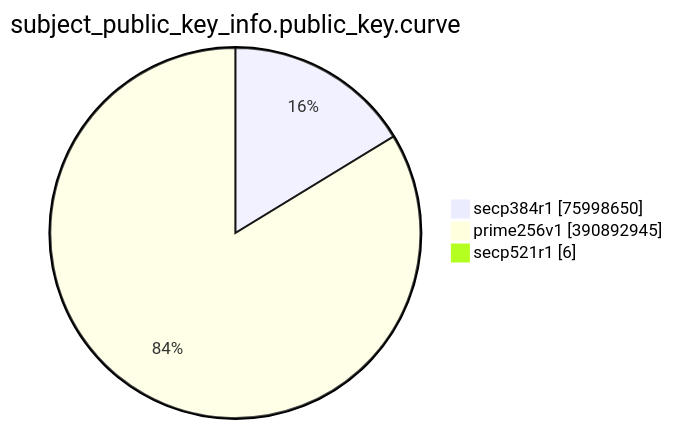
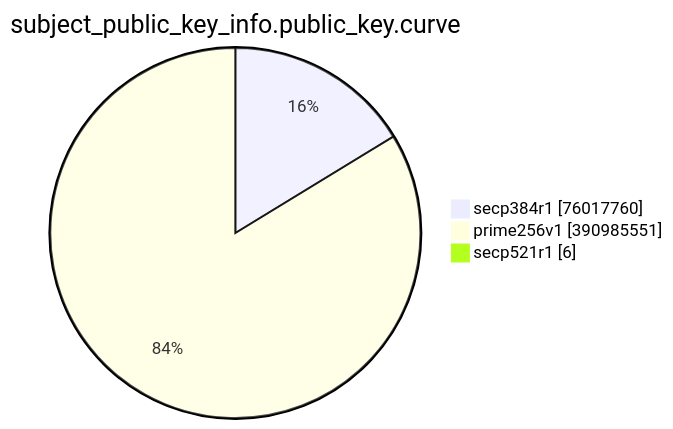
One commit to christiankrug/ctmonitor_visualization changed the eighth of 15 diagrams in TOTAL/README.md. Above: the diagram before and after it, drawn with Mermaid. The commit also changed other lines of this file, not shown here.

````diff
--- a/TOTAL/README.md
+++ b/TOTAL/README.md
@@ -3094,7 +3094,7 @@
 ```mermaid
 pie showData
 title subject_public_key_info.public_key.curve
-"secp384r1" :75998650
-"prime256v1" :390892945
+"secp384r1" :76017760
+"prime256v1" :390985551
 "secp521r1" :6
 ```
````
